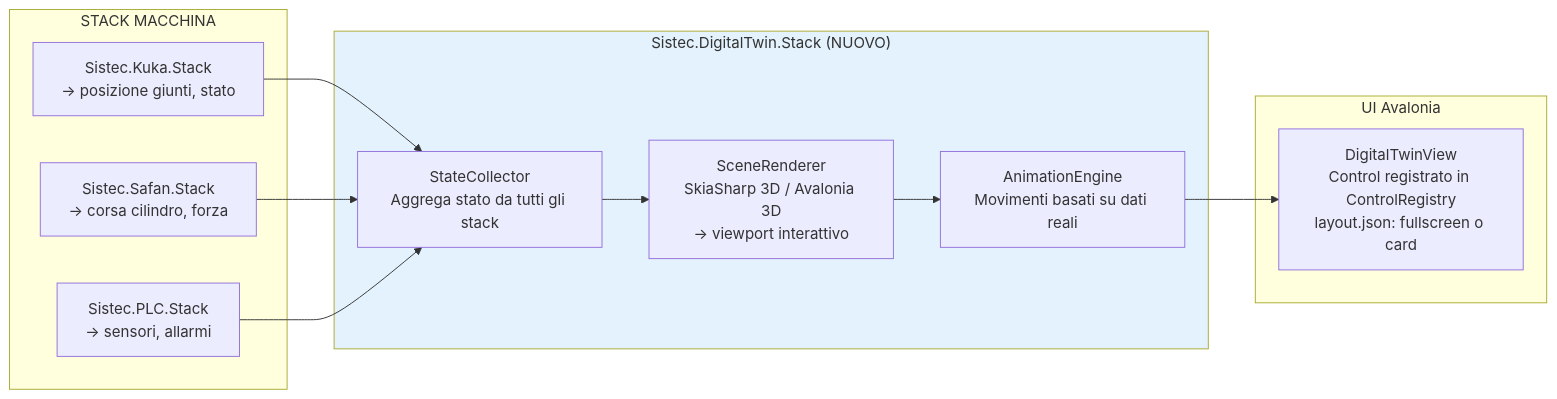
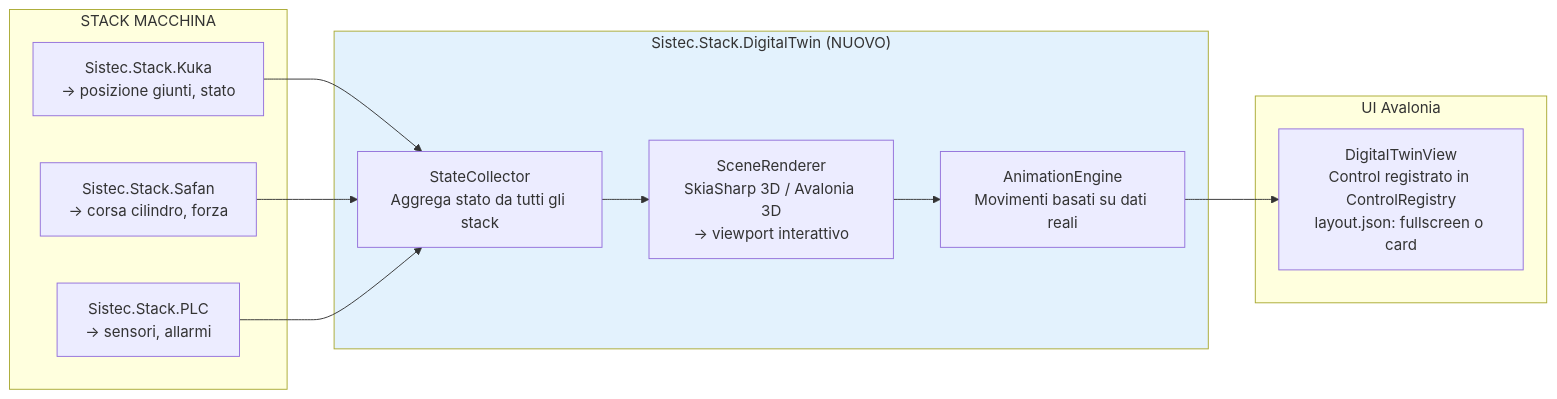
One commit to marc04AM/pellucida changed diagram 16 of 40 in analisi-unificata.md. Above: the diagram before and after it, drawn with Mermaid. The commit also changed other lines of this file and 1 other file, not shown here.

````diff
--- a/analisi-unificata.md
+++ b/analisi-unificata.md
@@ -1809,27 +1881,27 @@
 ```mermaid
 flowchart LR
     subgraph Stacks["STACK MACCHINA"]
-        Kuka["Sistec.Kuka.Stack<br/>→ posizione giunti, stato"]
-        Safan["Sistec.Safan.Stack<br/>→ corsa cilindro, forza"]
-        Plc["Sistec.PLC.Stack<br/>→ sensori, allarmi"]
+        Kuka["Sistec.Stack.Kuka<br/>→ posizione giunti, stato"]
+        Safan["Sistec.Stack.Safan<br/>→ corsa cilindro, forza"]
+        Plc["Sistec.Stack.PLC<br/>→ sensori, allarmi"]
     end
 
-    subgraph DT["Sistec.DigitalTwin.Stack (NUOVO)"]
+    subgraph DT["Sistec.Stack.DigitalTwin (NUOVO)"]
         DT_State["StateCollector<br/>Aggrega stato da tutti gli stack"]
         DT_3D["SceneRenderer<br/>SkiaSharp 3D / Avalonia 3D<br/>→ viewport interattivo"]
         DT_Anim["AnimationEngine<br/>Movimenti basati su dati reali"]
     end
 
     subgraph UI["UI Avalonia"]
         DT_View["DigitalTwinView<br/>Control registrato in ControlRegistry<br/>layout.json: fullscreen o card"]
     end
 
     Kuka --> DT_State
     Safan --> DT_State
     Plc --> DT_State
     DT_State --> DT_3D
     DT_3D --> DT_Anim
     DT_Anim --> DT_View
 
     style DT fill:#e3f2fd
 ```
````
